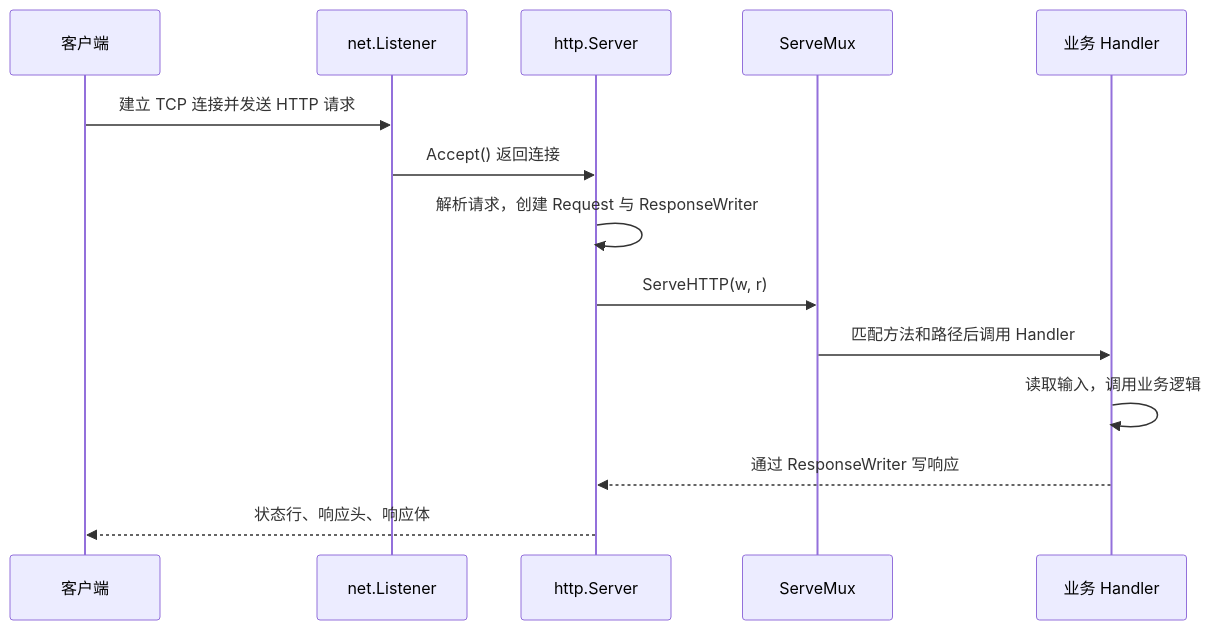
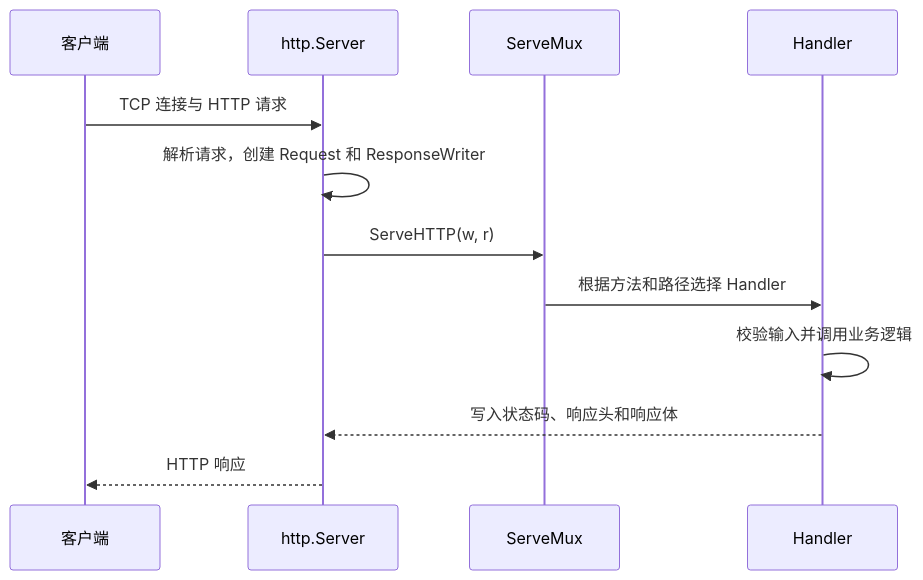
One commit to zzxrepository/gocode changed the diagram in src/backend/go/advanced/03-web-development/01-http-server.md. Above: the diagram before and after it, drawn with Mermaid. The commit also changed other lines of this file, not shown here.

Commit message:
docs(go): refresh net-http tutorial for go 1.26

````diff
--- a/src/backend/go/advanced/03-web-development/01-http-server.md
+++ b/src/backend/go/advanced/03-web-development/01-http-server.md
@@ -32,17 +75,15 @@
 ```mermaid
 sequenceDiagram
     participant C as 客户端
-    participant L as net.Listener
     participant S as http.Server
     participant M as ServeMux
-    participant H as 业务 Handler
+    participant H as Handler
 
-    C->>L: 建立 TCP 连接并发送 HTTP 请求
-    L->>S: Accept() 返回连接
-    S->>S: 解析请求，创建 Request 与 ResponseWriter
+    C->>S: TCP 连接与 HTTP 请求
+    S->>S: 解析请求，创建 Request 和 ResponseWriter
     S->>M: ServeHTTP(w, r)
-    M->>H: 匹配方法和路径后调用 Handler
-    H->>H: 读取输入，调用业务逻辑
-    H-->>S: 通过 ResponseWriter 写响应
-    S-->>C: 状态行、响应头、响应体
+    M->>H: 根据方法和路径选择 Handler
+    H->>H: 校验输入并调用业务逻辑
+    H-->>S: 写入状态码、响应头和响应体
+    S-->>C: HTTP 响应
 ```
````
